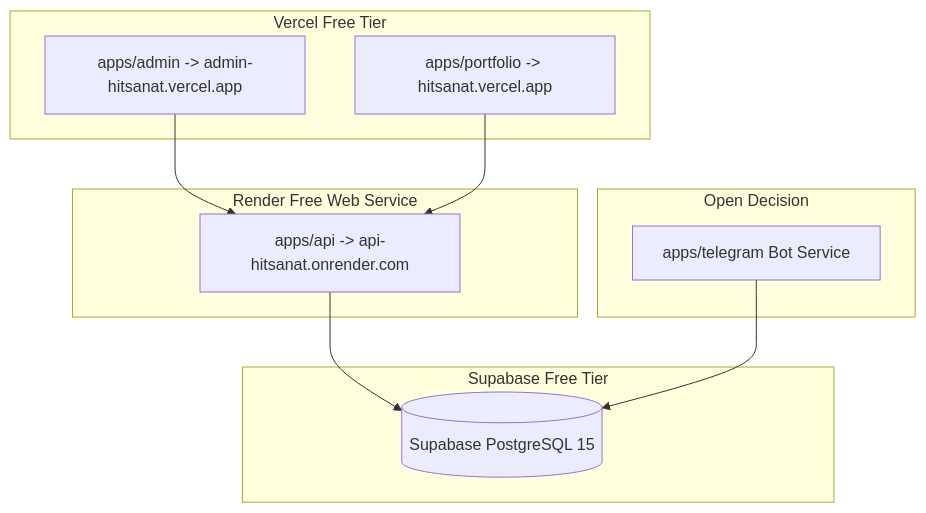
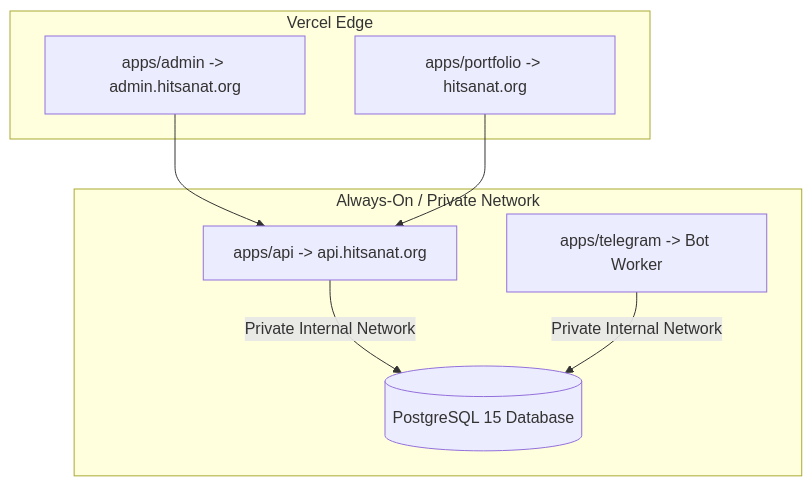
The diagram in docs/deployment/overview.md (Hitsanat-Kfl/hitsanat), drawn with Mermaid before and after one commit. The commit also changed other lines of this file and 13 other files, not shown here.

First line of the commit message:
docs: adopt Railway for always-on backend deployment and resolve cold start trade-offs

````diff
--- a/docs/deployment/overview.md
+++ b/docs/deployment/overview.md
@@ -11,24 +11,18 @@
 ```mermaid
 graph TD
-    subgraph Frontend Services [Vercel Free Tier]
-        AdminApp[apps/admin -> admin-hitsanat.vercel.app]
-        PortfolioApp[apps/portfolio -> hitsanat.vercel.app]
+    subgraph Frontend Services [Vercel Edge]
+        AdminApp[apps/admin -> admin.hitsanat.org]
+        PortfolioApp[apps/portfolio -> hitsanat.org]
     end
 
-    subgraph Backend Services [Render Free Web Service]
-        ApiServer[apps/api -> api-hitsanat.onrender.com]
-    end
-
-    subgraph Relational Database [Supabase Free Tier]
-        PostgresDB[(Supabase PostgreSQL 15)]
-    end
-
-    subgraph Background Services [Open Decision]
-        TelegramWorker[apps/telegram Bot Service]
+    subgraph Railway Canvas [Always-On / Private Network]
+        ApiServer[apps/api -> api.hitsanat.org]
+        TelegramWorker[apps/telegram -> Bot Worker]
+        PostgresDB[(PostgreSQL 15 Database)]
     end
 
     AdminApp --> ApiServer
     PortfolioApp --> ApiServer
-    ApiServer --> PostgresDB
-    TelegramWorker --> PostgresDB
+    ApiServer -->|Private Internal Network| PostgresDB
+    TelegramWorker -->|Private Internal Network| PostgresDB
 ```
````
